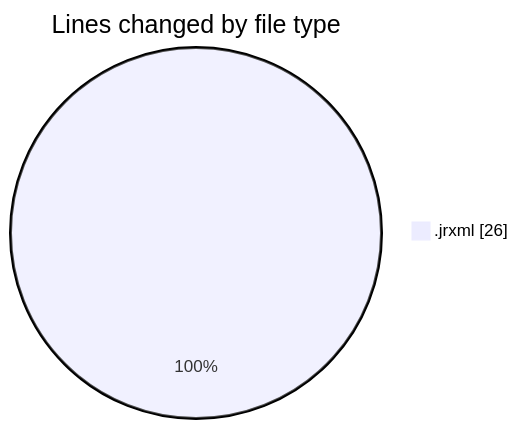
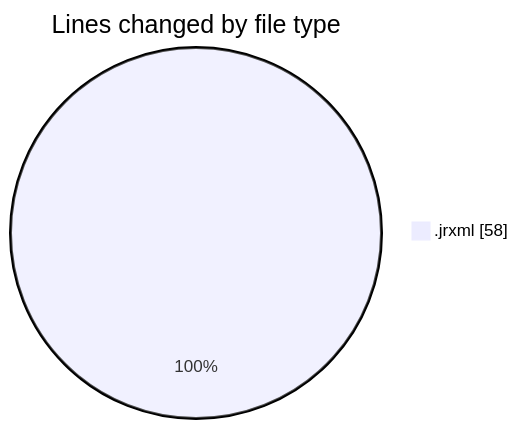
The first of 2 diagrams in 2026-06-30/cilreports/README.md (ricardozamudiocil/code-tracking), drawn with Mermaid before and after one commit. The commit also changed other lines of this file and 2 other files, not shown here.

````diff
--- a/2026-06-30/cilreports/README.md
+++ b/2026-06-30/cilreports/README.md
@@ -20,5 +20,5 @@
 ```mermaid
 pie showData
 title Lines changed by file type
-".jrxml" : 26
+".jrxml" : 58
 ```
````
